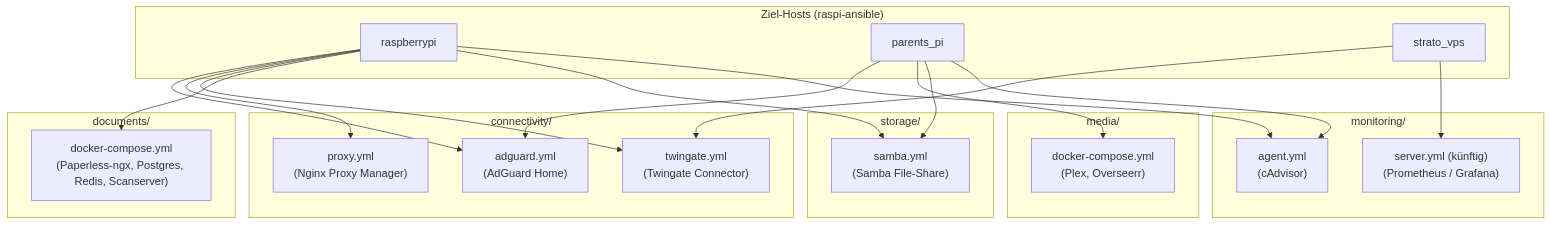
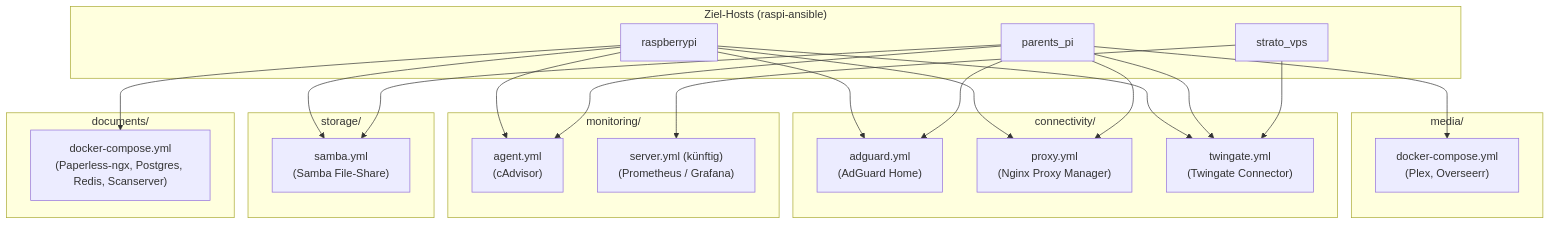
One commit to NicoGartmann/docker-config changed the diagram in docs/SUP-146 Docker Konfig: die Repos docker-config und docker-conf zusammenführen und restrukturieren.md. Above: the diagram before and after it, drawn with Mermaid. The commit also changed other lines of this file, not shown here.

````diff
--- a/docs/SUP-146 Docker Konfig: die Repos docker-config und docker-conf zusammenführen und restrukturieren.md
+++ b/docs/SUP-146 Docker Konfig: die Repos docker-config und docker-conf zusammenführen und restrukturieren.md
@@ -11,35 +11,35 @@
 ```mermaid
 flowchart TD
     subgraph Hosts ["Ziel-Hosts (raspi-ansible)"]
         H_RPI["raspberrypi"]
         H_PAR["parents_pi"]
         H_VPS["strato_vps"]
     end
 
     subgraph Connectivity ["connectivity/"]
         C_ADG["adguard.yml<br/>(AdGuard Home)"]
         C_PRX["proxy.yml<br/>(Nginx Proxy Manager)"]
         C_TWI["twingate.yml<br/>(Twingate Connector)"]
     end
 
     subgraph Documents ["documents/"]
         D_DOC["docker-compose.yml<br/>(Paperless-ngx, Postgres, Redis, Scanserver)"]
     end
 
     subgraph Media ["media/"]
         M_MED["docker-compose.yml<br/>(Plex, Overseerr)"]
     end
 
     subgraph Storage ["storage/"]
         S_SMB["samba.yml<br/>(Samba File-Share)"]
     end
 
     subgraph Monitoring ["monitoring/"]
         MON_AGT["agent.yml<br/>(cAdvisor)"]
         MON_SRV["server.yml (künftig)<br/>(Prometheus / Grafana)"]
     end
 
     H_RPI --> C_ADG & C_PRX & C_TWI & D_DOC & S_SMB & MON_AGT
-    H_PAR --> C_ADG & M_MED & S_SMB & MON_AGT
+    H_PAR --> C_ADG & C_PRX & C_TWI & M_MED & S_SMB & MON_AGT
     H_VPS --> C_TWI & MON_SRV
 ```
````
